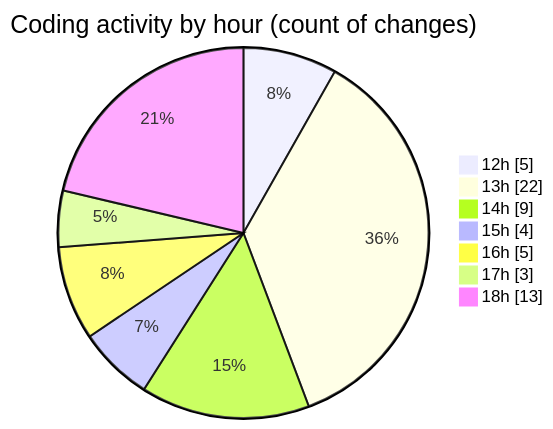
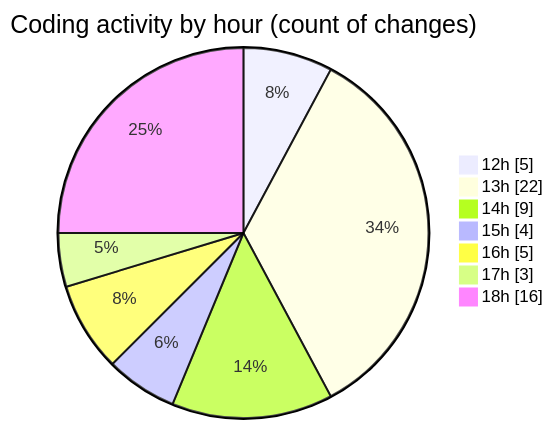
Before and after one commit to MatusMokan/code-tracking: the second of 2 diagrams in 2025-04-19/myws__workspace_/README.md, drawn with Mermaid. The commit also changed other lines of this file and 1 other file, not shown here.

````diff
--- a/2025-04-19/myws__workspace_/README.md
+++ b/2025-04-19/myws__workspace_/README.md
@@ -32,11 +32,11 @@
 ```mermaid
 pie showData
 title Coding activity by hour (count of changes)
 "12h" : 5
 "13h" : 22
 "14h" : 9
 "15h" : 4
 "16h" : 5
 "17h" : 3
-"18h" : 13
+"18h" : 16
 ```
````
